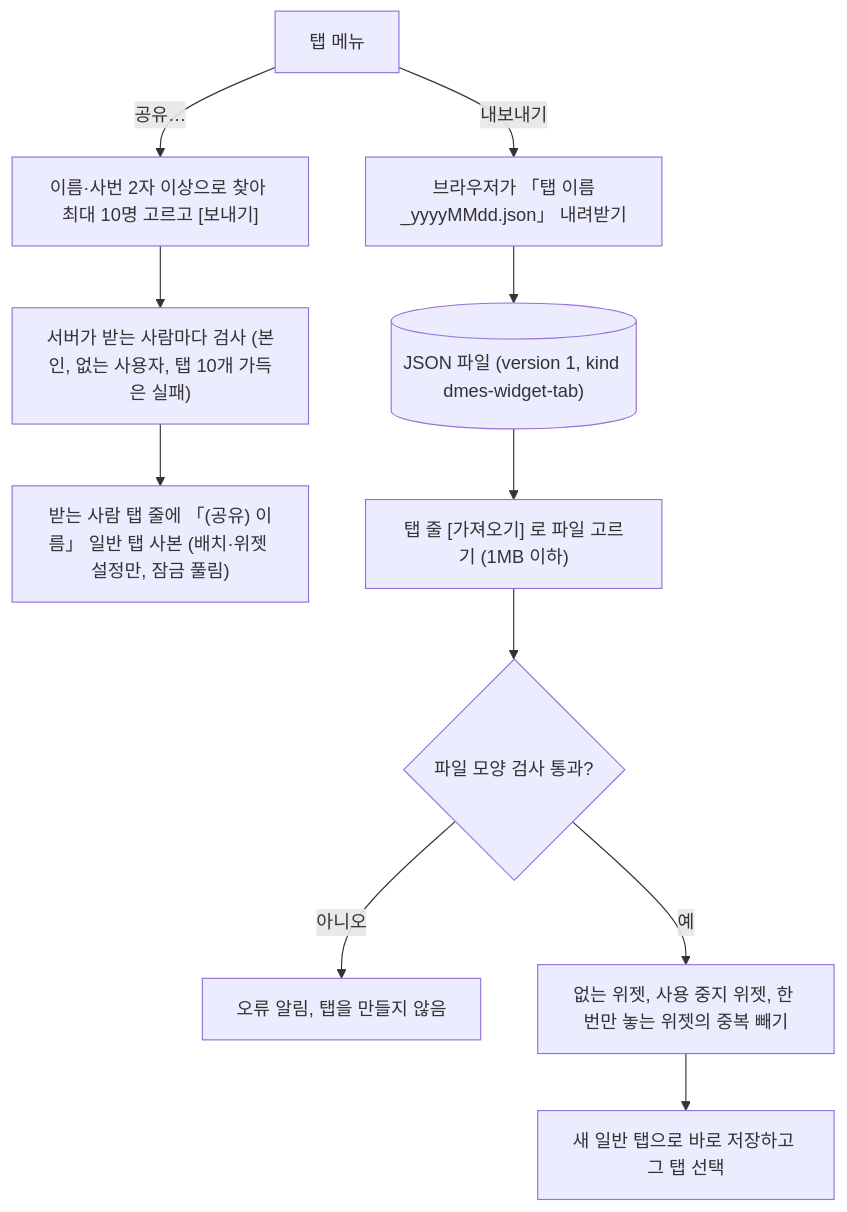
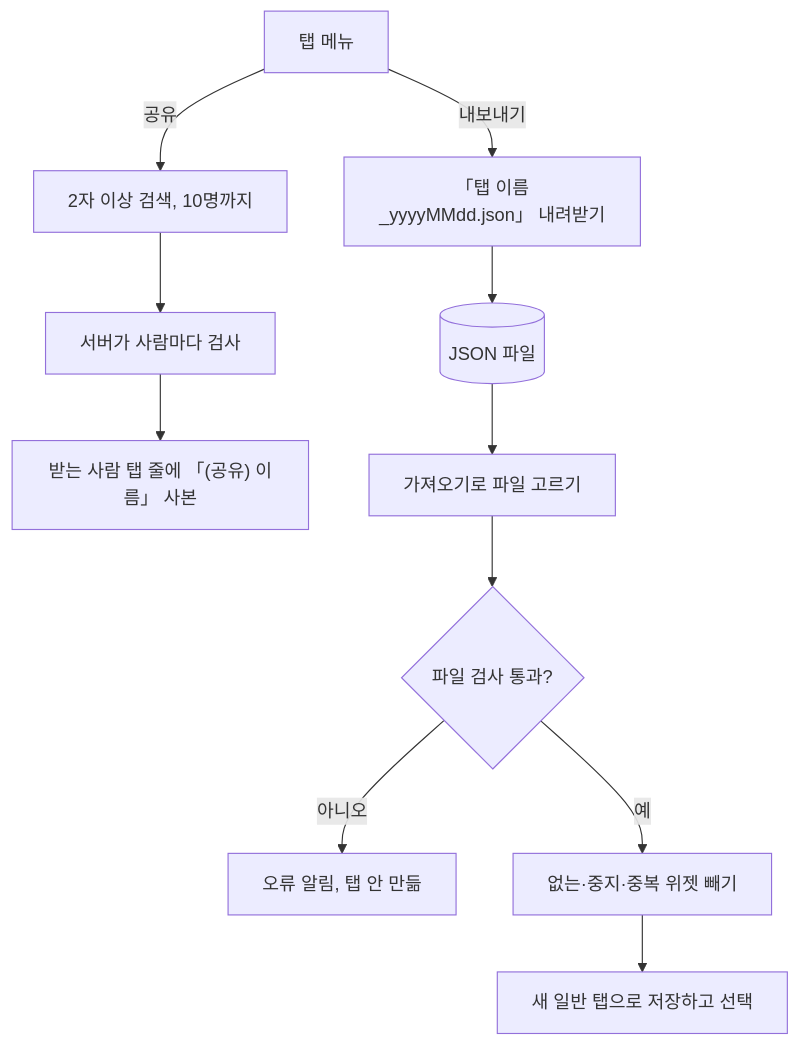
One commit to jongik-sv/dmes-standard changed the seventh of 7 diagrams in docs/guide/FrontEnd/Widget-Authoring-Guide.md. Above: the diagram before and after it, drawn with Mermaid. The commit also changed other lines of this file and 1 other file, not shown here.

First line of the commit message:
docs(widget): 위젯 만드는 방법 가이드를 표·한눈에 보기 중심으로 간결하게 정리한다

````diff
--- a/docs/guide/FrontEnd/Widget-Authoring-Guide.md
+++ b/docs/guide/FrontEnd/Widget-Authoring-Guide.md
@@ -778,13 +583,13 @@
 ```mermaid
 flowchart TB
-  M["탭 메뉴"] -->|"공유…"| SH["이름·사번 2자 이상으로 찾아 최대 10명 고르고 [보내기]"]
-  SH --> SV["서버가 받는 사람마다 검사 (본인, 없는 사용자, 탭 10개 가득은 실패)"]
-  SV --> RC["받는 사람 탭 줄에 「(공유) 이름」 일반 탭 사본 (배치·위젯 설정만, 잠금 풀림)"]
-  M -->|"내보내기"| EX["브라우저가 「탭 이름_yyyyMMdd.json」 내려받기"]
-  EX --> FILE[("JSON 파일 (version 1, kind dmes-widget-tab)")]
-  FILE --> IM["탭 줄 [가져오기] 로 파일 고르기 (1MB 이하)"]
-  IM --> CK{"파일 모양 검사 통과?"}
-  CK -->|"아니오"| ER["오류 알림, 탭을 만들지 않음"]
-  CK -->|"예"| DR["없는 위젯, 사용 중지 위젯, 한 번만 놓는 위젯의 중복 빼기"]
-  DR --> NT["새 일반 탭으로 바로 저장하고 그 탭 선택"]
+  M["탭 메뉴"] -->|"공유"| SH["2자 이상 검색, 10명까지"]
+  SH --> SV["서버가 사람마다 검사"]
+  SV --> RC["받는 사람 탭 줄에 「(공유) 이름」 사본"]
+  M -->|"내보내기"| EX["「탭 이름_yyyyMMdd.json」 내려받기"]
+  EX --> FILE[("JSON 파일")]
+  FILE --> IM["가져오기로 파일 고르기"]
+  IM --> CK{"파일 검사 통과?"}
+  CK -->|"아니오"| ER["오류 알림, 탭 안 만듦"]
+  CK -->|"예"| DR["없는·중지·중복 위젯 빼기"]
+  DR --> NT["새 일반 탭으로 저장하고 선택"]
 ```
````
